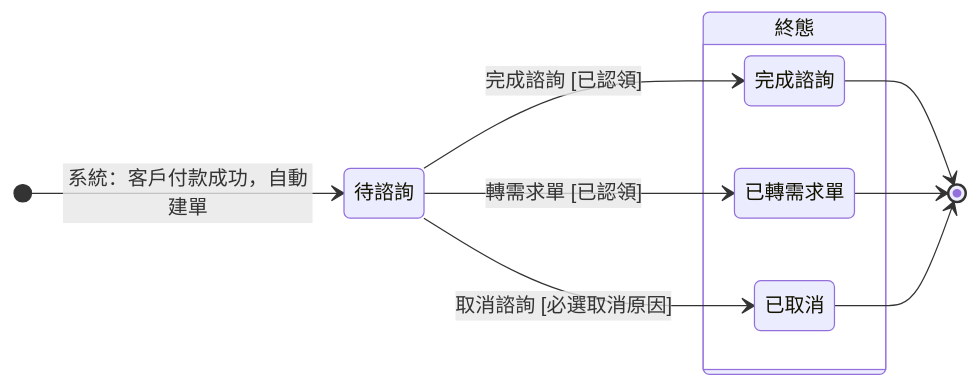
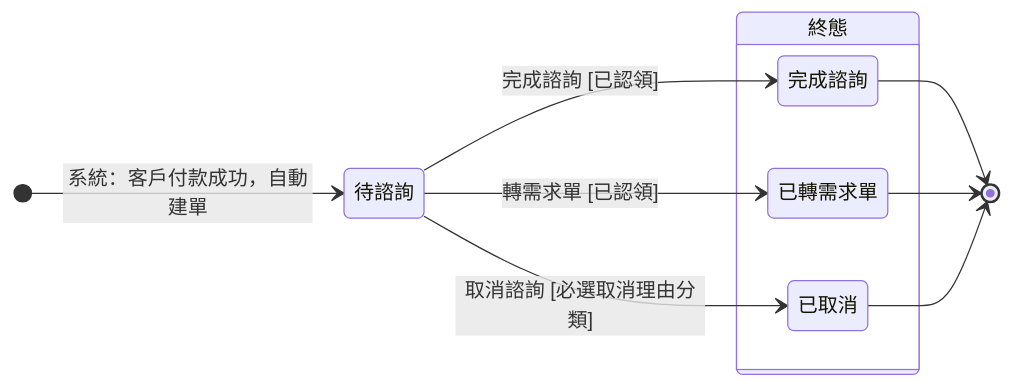
Before and after one commit to Kawato-Miles/erp-spec: the diagram in memory/Sens_wiki/wiki/erp/06-state-machines/諮詢單狀態.md, drawn with Mermaid. The commit also changed other lines of this file and 5 other files, not shown here.

````diff
--- a/memory/Sens_wiki/wiki/erp/06-state-machines/諮詢單狀態.md
+++ b/memory/Sens_wiki/wiki/erp/06-state-machines/諮詢單狀態.md
@@ -40,22 +40,22 @@
 ```mermaid
 stateDiagram-v2
     direction LR
 
     [*] --> s_wait : 系統：客戶付款成功，自動建單
 
     state "待諮詢" as s_wait
 
     state "終態" as Final {
         state "完成諮詢" as s_done
         state "已轉需求單" as s_quote
         state "已取消" as s_cancel
     }
 
     s_wait --> s_done : 完成諮詢 [已認領]
     s_wait --> s_quote : 轉需求單 [已認領]
-    s_wait --> s_cancel : 取消諮詢 [必選取消原因]
+    s_wait --> s_cancel : 取消諮詢 [必選取消理由分類]
 
     s_done --> [*]
     s_quote --> [*]
     s_cancel --> [*]
 ```
````
